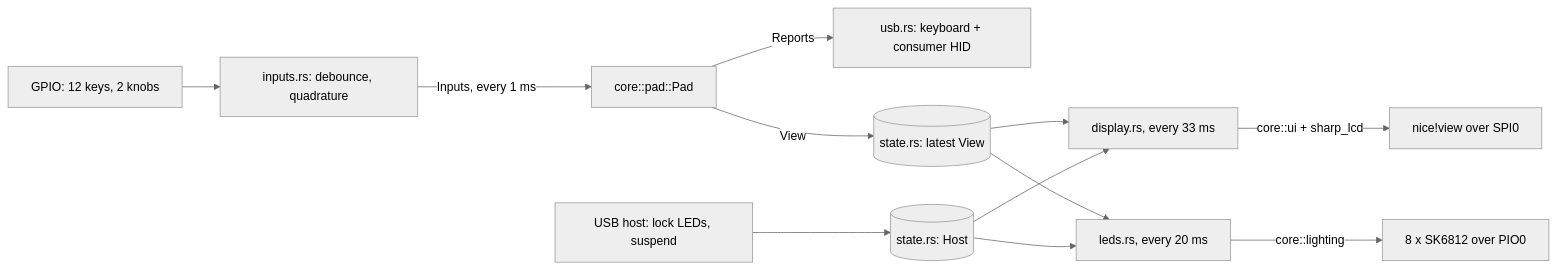
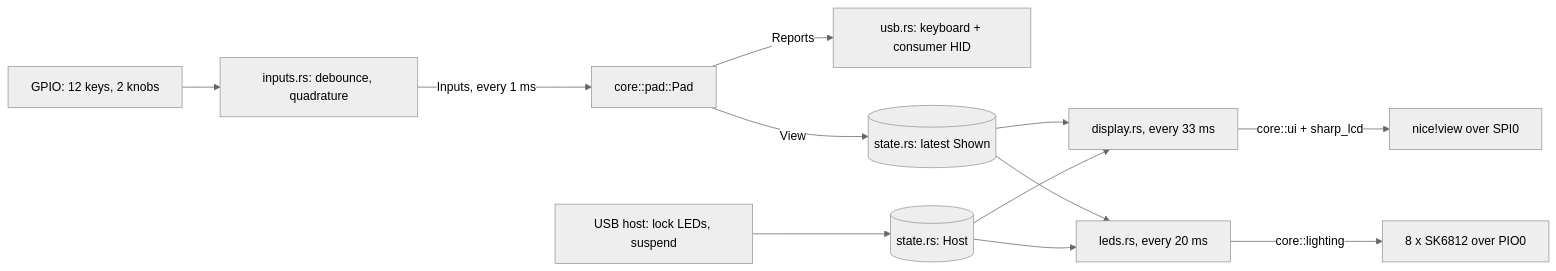
One commit to worxbend/macropad changed the diagram in firmware/README.md. Above: the diagram before and after it, drawn with Mermaid (neutral theme). The commit also changed other lines of this file and 138 other files, not shown here.

````diff
--- a/firmware/README.md
+++ b/firmware/README.md
@@ -133,14 +202,14 @@
 ```mermaid
 flowchart LR
     pins[GPIO: 12 keys, 2 knobs] --> scan[inputs.rs: debounce, quadrature]
     scan -->|Inputs, every 1 ms| pad[core::pad::Pad]
     pad -->|Reports| usb[usb.rs: keyboard + consumer HID]
-    pad -->|View| view[(state.rs: latest View)]
+    pad -->|View| view[(state.rs: latest Shown)]
     usbhost[USB host: lock LEDs, suspend] --> hoststate[(state.rs: Host)]
     view --> display[display.rs, every 33 ms]
     view --> leds[leds.rs, every 20 ms]
     hoststate --> display
     hoststate --> leds
     display -->|core::ui + sharp_lcd| lcd[nice!view over SPI0]
     leds -->|core::lighting| chain[8 x SK6812 over PIO0]
 ```
````
